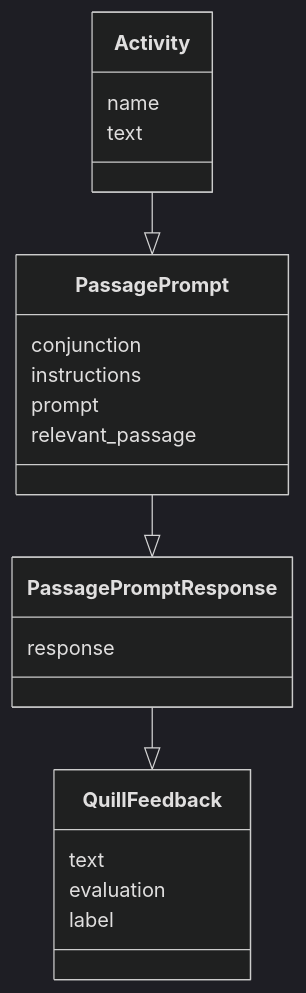
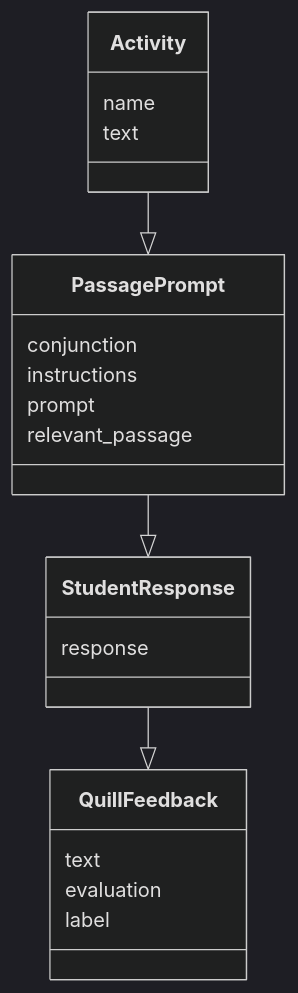
Before and after one commit to empirical-org/Empirical-Core: the first of 3 diagrams in services/QuillLMS/engines/evidence/app/models/evidence/research/readme.md, drawn with Mermaid (dark theme). The commit also changed other lines of this file and 25 other files, not shown here.

Commit message:
Rename PassagePromptResponse to StudentResponse

````diff
--- a/services/QuillLMS/engines/evidence/app/models/evidence/research/readme.md
+++ b/services/QuillLMS/engines/evidence/app/models/evidence/research/readme.md
@@ -5,24 +5,24 @@
 ```mermaid
 classDiagram
     class Activity {
          name
          text
     }
     class PassagePrompt {
          conjunction
          instructions
          prompt
          relevant_passage
     }
-    class PassagePromptResponse {
+    class StudentResponse {
          response
     }
     class QuillFeedback {
          text
          evaluation
          label
     }
     Activity --|> PassagePrompt
-    PassagePrompt --|> PassagePromptResponse
-    PassagePromptResponse --|> QuillFeedback
+    PassagePrompt --|> StudentResponse
+    StudentResponse --|> QuillFeedback
 ```
````
